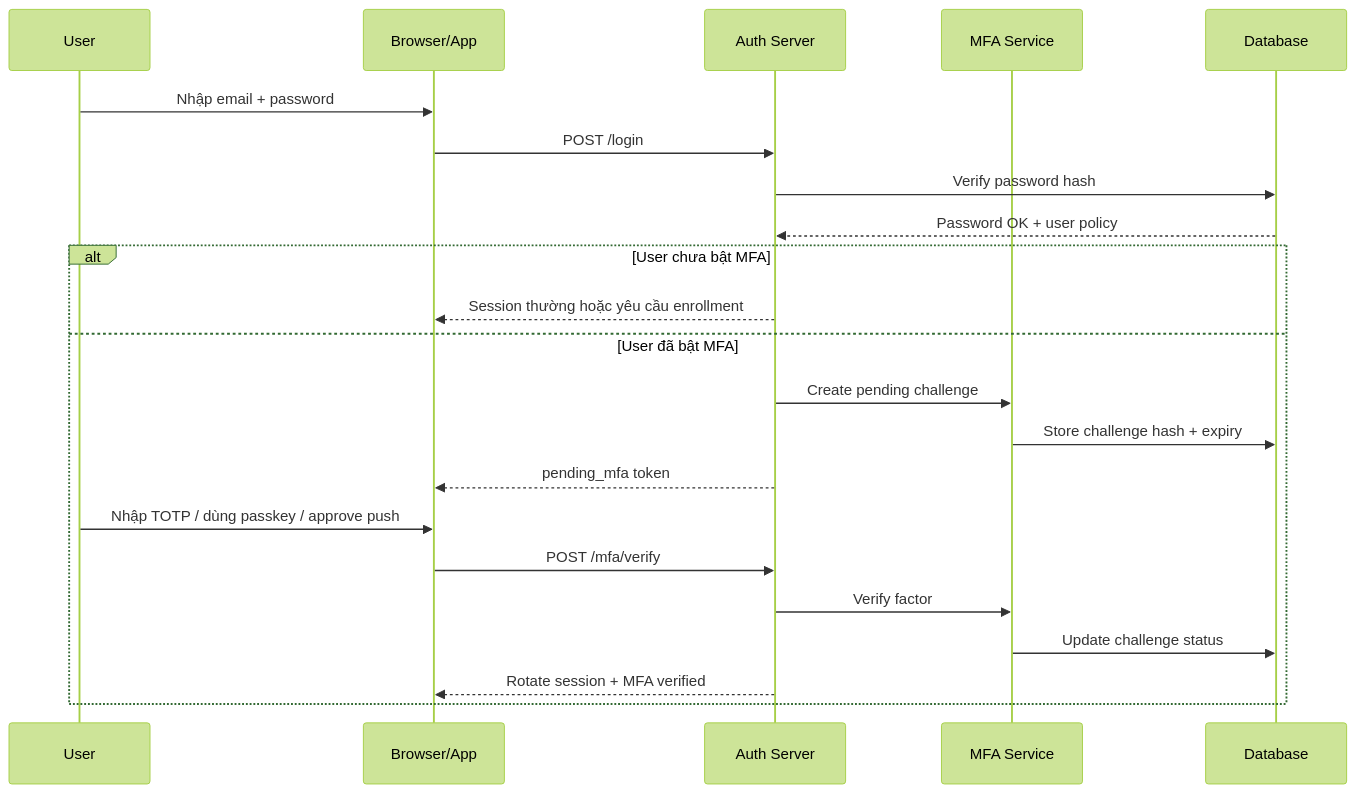
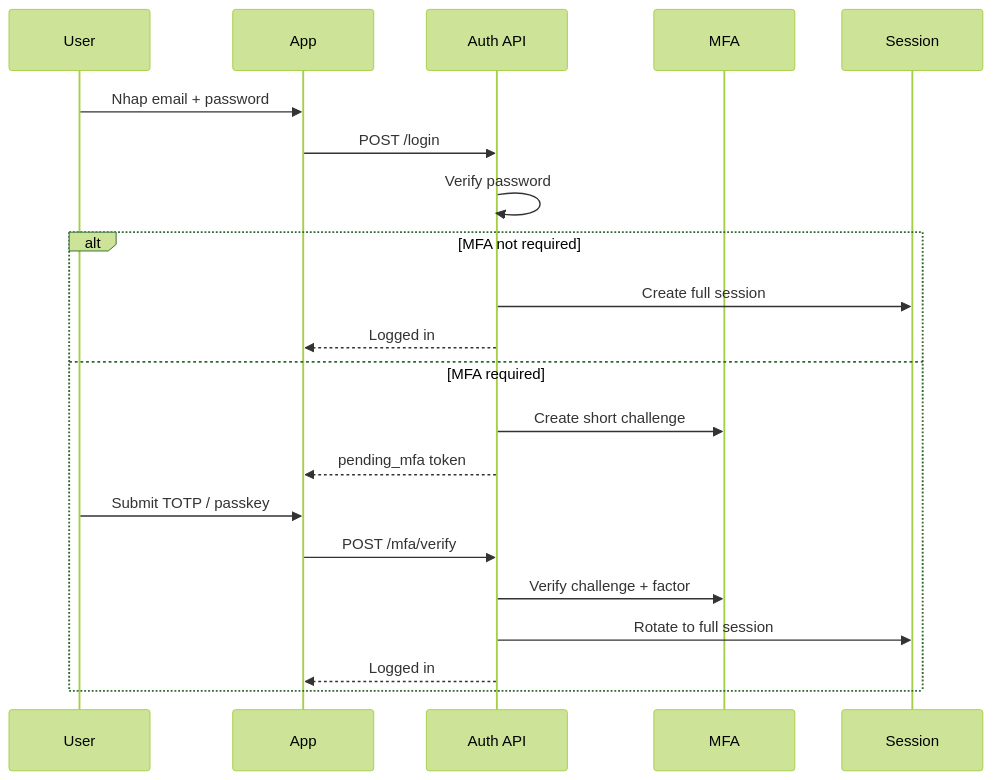
Before and after one commit to thangvd2312/thangvd2312.github.io: the first of 4 diagrams in content/posts/mfa-security-complete-guide.md, drawn with Mermaid (forest theme). The commit also changed other lines of this file and 1 other file, not shown here.

Commit message:
fix: refocus MFA guide and improve article visuals

````diff
--- a/content/posts/mfa-security-complete-guide.md
+++ b/content/posts/mfa-security-complete-guide.md
@@ -385,25 +105,24 @@
 ```mermaid
 sequenceDiagram
     participant U as User
-    participant B as Browser/App
-    participant S as Auth Server
-    participant M as MFA Service
-    participant DB as Database
+    participant B as App
+    participant A as Auth API
+    participant M as MFA
+    participant S as Session
 
-    U->>B: Nhập email + password
-    B->>S: POST /login
-    S->>DB: Verify password hash
-    DB-->>S: Password OK + user policy
-    alt User chưa bật MFA
-        S-->>B: Session thường hoặc yêu cầu enrollment
-    else User đã bật MFA
-        S->>M: Create pending challenge
-        M->>DB: Store challenge hash + expiry
-        S-->>B: pending_mfa token
-        U->>B: Nhập TOTP / dùng passkey / approve push
-        B->>S: POST /mfa/verify
-        S->>M: Verify factor
-        M->>DB: Update challenge status
-        S-->>B: Rotate session + MFA verified
+    U->>B: Nhap email + password
+    B->>A: POST /login
+    A->>A: Verify password
+    alt MFA not required
+        A->>S: Create full session
+        A-->>B: Logged in
+    else MFA required
+        A->>M: Create short challenge
+        A-->>B: pending_mfa token
+        U->>B: Submit TOTP / passkey
+        B->>A: POST /mfa/verify
+        A->>M: Verify challenge + factor
+        A->>S: Rotate to full session
+        A-->>B: Logged in
     end
 ```
````
